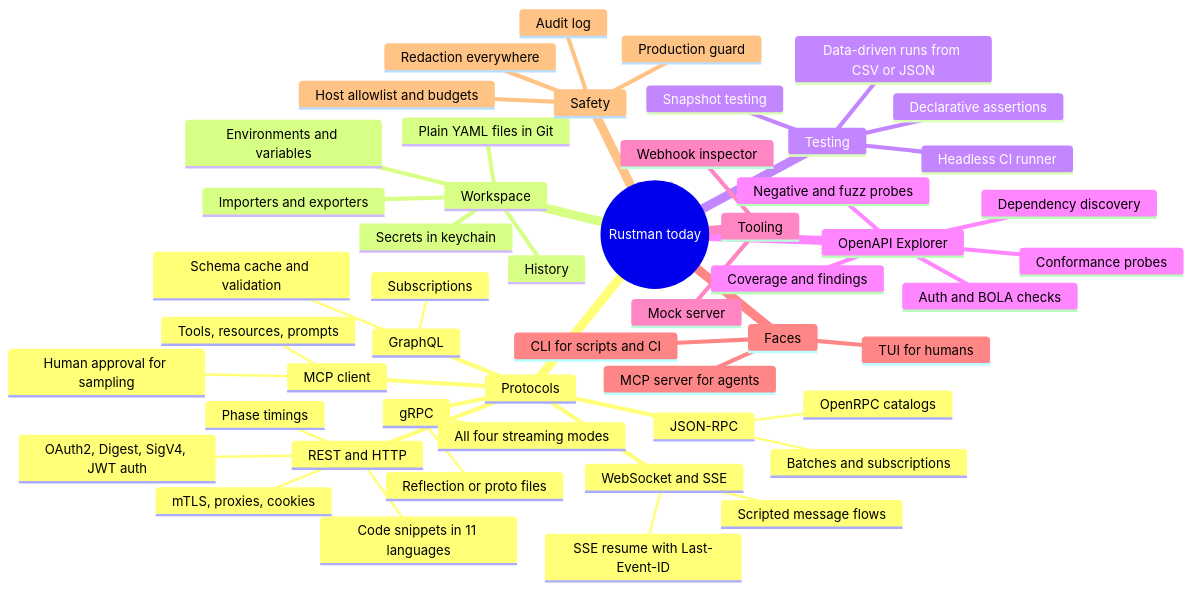
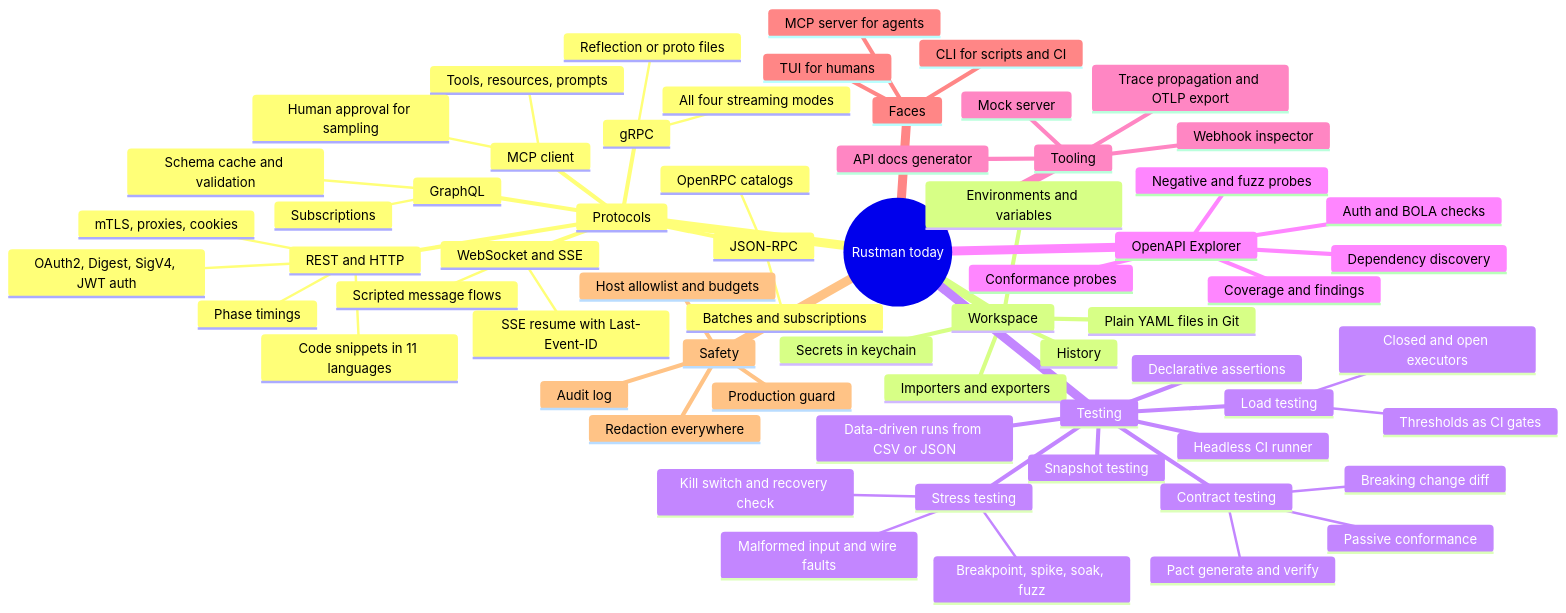
The first of 3 diagrams in README.md (CyberdyneCorp/rustman), drawn with Mermaid before and after one commit. The commit also changed other lines of this file and 2 other files, not shown here.

First line of the commit message:
README and roadmap: v0.6 done, v0.7 in progress

````diff
--- a/README.md
+++ b/README.md
@@ -63,54 +63,67 @@
 ```mermaid
 mindmap
   root((Rustman today))
     Protocols
       REST and HTTP
         OAuth2, Digest, SigV4, JWT auth
         Code snippets in 11 languages
         mTLS, proxies, cookies
         Phase timings
       GraphQL
         Schema cache and validation
         Subscriptions
       MCP client
         Tools, resources, prompts
         Human approval for sampling
       gRPC
         Reflection or proto files
         All four streaming modes
       JSON-RPC
         Batches and subscriptions
         OpenRPC catalogs
       WebSocket and SSE
         Scripted message flows
         SSE resume with Last-Event-ID
     Workspace
       Plain YAML files in Git
       Environments and variables
       Secrets in keychain
       Importers and exporters
       History
     Testing
       Declarative assertions
       Snapshot testing
       Headless CI runner
       Data-driven runs from CSV or JSON
+      Load testing
+        Closed and open executors
+        Thresholds as CI gates
+      Stress testing
+        Breakpoint, spike, soak, fuzz
+        Malformed input and wire faults
+        Kill switch and recovery check
+      Contract testing
+        Breaking change diff
+        Pact generate and verify
+        Passive conformance
     OpenAPI Explorer
       Dependency discovery
       Conformance probes
       Negative and fuzz probes
       Auth and BOLA checks
       Coverage and findings
     Tooling
       Mock server
       Webhook inspector
+      API docs generator
+      Trace propagation and OTLP export
     Faces
       TUI for humans
       CLI for scripts and CI
       MCP server for agents
     Safety
       Host allowlist and budgets
       Production guard
       Redaction everywhere
       Audit log
 ```
````
